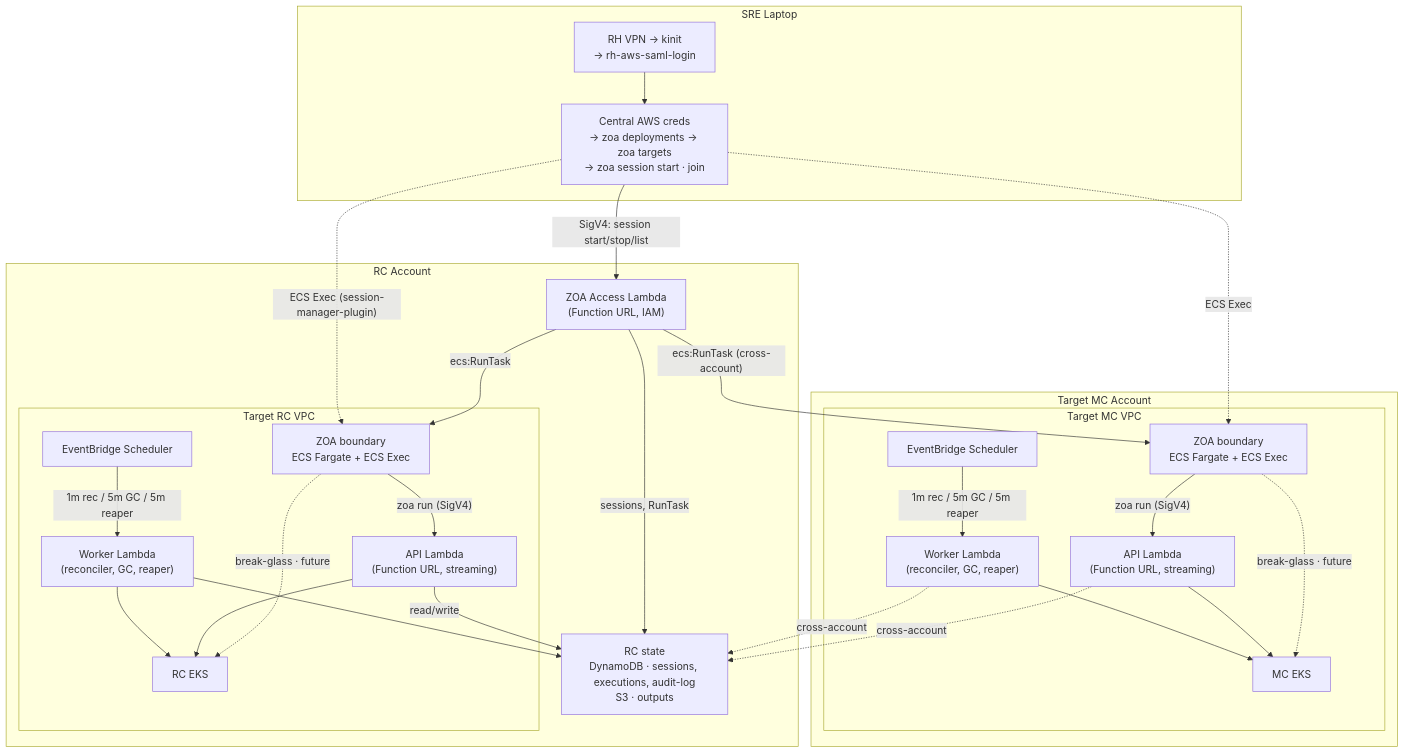
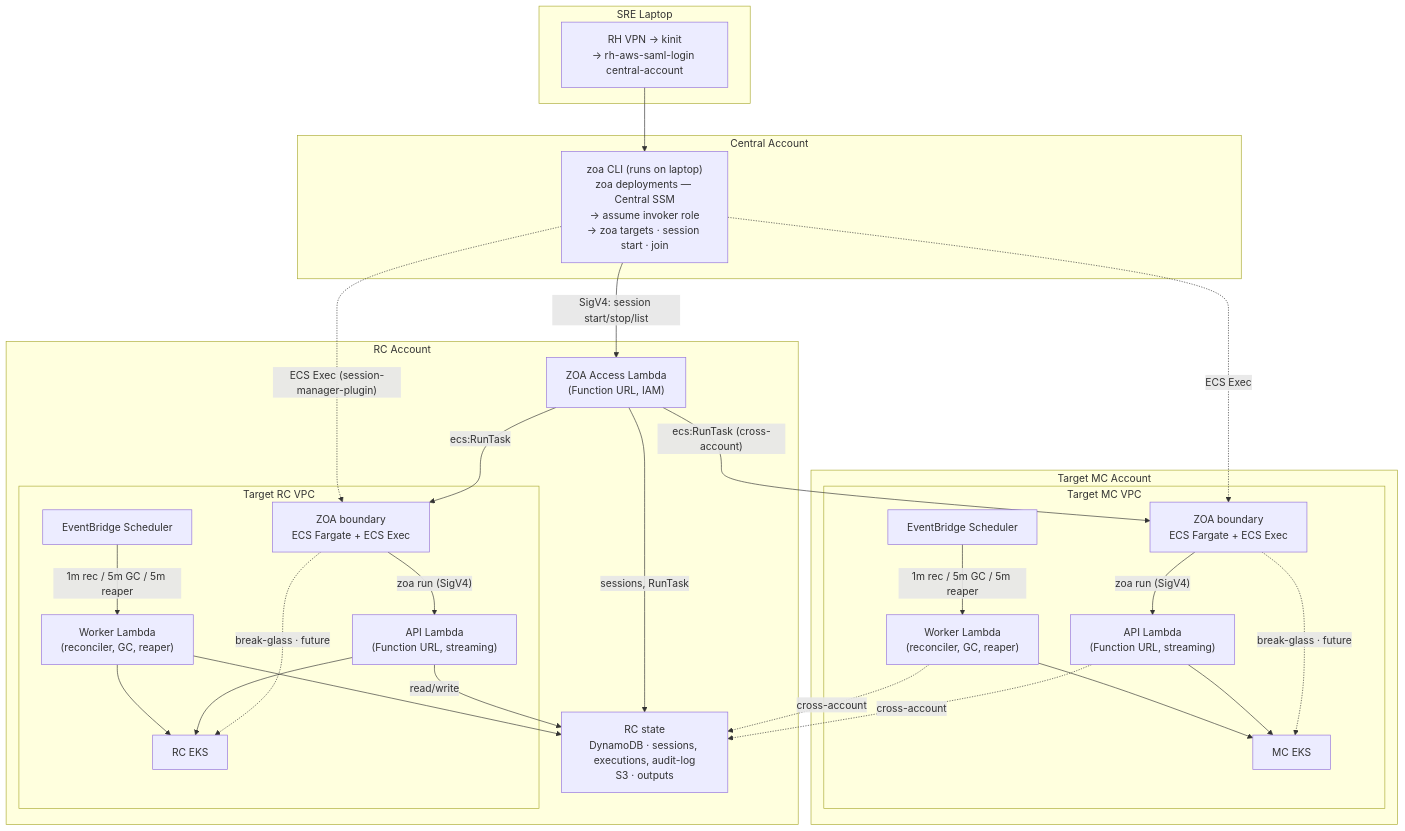
Before and after one commit to slopezz/rosa-hyperfleet-zoa: the diagram in README.md, drawn with Mermaid.

Commit message:
ROSAENG-68805 | docs: add Central Account box to README architecture diagram
Separate laptop Kerberos/SAML from Central-account zoa discovery and
session flow; session APIs still target RC Access Lambda.

````diff
--- a/README.md
+++ b/README.md
@@ -75,61 +75,64 @@
 ```mermaid
 ---
 config:
   layout: dagre
 ---
 graph TD
     subgraph laptop["SRE Laptop"]
-        LAPTOP_AUTH["RH VPN → kinit<br/>→ rh-aws-saml-login"]
-        LAPTOP_ZOA["Central AWS creds<br/>→ zoa deployments → zoa targets<br/>→ zoa session start · join"]
-        LAPTOP_AUTH --> LAPTOP_ZOA
+        LAPTOP_AUTH["RH VPN → kinit<br/>→ rh-aws-saml-login central-account"]
+    end
+
+    subgraph central["Central Account"]
+        CENTRAL_ZOA["zoa CLI (runs on laptop)<br/>zoa deployments — Central SSM<br/>→ assume invoker role<br/>→ zoa targets · session start · join"]
     end
 
     subgraph rc["RC Account"]
         ACCESS["ZOA Access Lambda<br/>(Function URL, IAM)"]
         STATE["RC state<br/>DynamoDB · sessions, executions, audit-log<br/>S3 · outputs"]
         subgraph rc_vpc["Target RC VPC"]
             BOUNDARY_RC["ZOA boundary<br/>ECS Fargate + ECS Exec"]
             EB_RC["EventBridge Scheduler"]
             API_RC["API Lambda<br/>(Function URL, streaming)"]
             WORKER_RC["Worker Lambda<br/>(reconciler, GC, reaper)"]
             EKS_RC["RC EKS"]
         end
     end
 
     subgraph mc["Target MC Account"]
         subgraph mc_vpc["Target MC VPC"]
             BOUNDARY_MC["ZOA boundary<br/>ECS Fargate + ECS Exec"]
             EB_MC["EventBridge Scheduler"]
             API_MC["API Lambda<br/>(Function URL, streaming)"]
             WORKER_MC["Worker Lambda<br/>(reconciler, GC, reaper)"]
             EKS_MC["MC EKS"]
         end
     end
 
-    LAPTOP_ZOA -->|"SigV4: session start/stop/list"| ACCESS
+    LAPTOP_AUTH --> CENTRAL_ZOA
+    CENTRAL_ZOA -->|"SigV4: session start/stop/list"| ACCESS
     ACCESS -->|"sessions, RunTask"| STATE
     ACCESS -->|"ecs:RunTask"| BOUNDARY_RC
     ACCESS -->|"ecs:RunTask (cross-account)"| BOUNDARY_MC
 
-    LAPTOP_ZOA -.->|"ECS Exec (session-manager-plugin)"| BOUNDARY_RC
-    LAPTOP_ZOA -.->|"ECS Exec"| BOUNDARY_MC
+    CENTRAL_ZOA -.->|"ECS Exec (session-manager-plugin)"| BOUNDARY_RC
+    CENTRAL_ZOA -.->|"ECS Exec"| BOUNDARY_MC
 
     BOUNDARY_RC -->|"zoa run (SigV4)"| API_RC
     BOUNDARY_MC -->|"zoa run (SigV4)"| API_MC
 
     BOUNDARY_RC -.->|"break-glass · future"| EKS_RC
     BOUNDARY_MC -.->|"break-glass · future"| EKS_MC
 
     EB_RC -->|"1m rec / 5m GC / 5m reaper"| WORKER_RC
     EB_MC -->|"1m rec / 5m GC / 5m reaper"| WORKER_MC
 
     API_RC --> EKS_RC
     WORKER_RC --> EKS_RC
     API_MC --> EKS_MC
     WORKER_MC --> EKS_MC
 
     API_RC -->|"read/write"| STATE
     WORKER_RC --> STATE
     API_MC -.->|"cross-account"| STATE
     WORKER_MC -.->|"cross-account"| STATE
 ```
````
